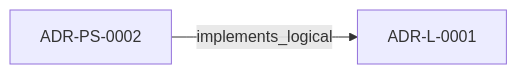
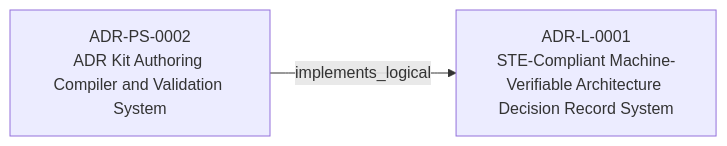
The first of 2 diagrams in adrs/adr-projection/logical/ADR-L-0001-ste-compliant-machine-verifiable-architecture-decision-record-system.md (egallmann/adr-architecture-kit), drawn with Mermaid before and after one commit. The commit also changed other lines of this file and 35 other files, not shown here.

````diff
--- a/adrs/adr-projection/logical/ADR-L-0001-ste-compliant-machine-verifiable-architecture-decision-record-system.md
+++ b/adrs/adr-projection/logical/ADR-L-0001-ste-compliant-machine-verifiable-architecture-decision-record-system.md
@@ -30,6 +30,6 @@
 ```mermaid
 flowchart LR
-  n_019fee89_e615_70a5_861b_b2dde147e5af["ADR-L-0001"]
-  n_019fee89_e618_7d04_9337_4aa2d3258507["ADR-PS-0002"]
+  n_019fee89_e615_70a5_861b_b2dde147e5af["ADR-L-0001<br/>STE-Compliant Machine-Verifiable Architecture Decision Record System"]
+  n_019fee89_e618_7d04_9337_4aa2d3258507["ADR-PS-0002<br/>ADR Kit Authoring Compiler and Validation System"]
   n_019fee89_e618_7d04_9337_4aa2d3258507 -->|"implements_logical"| n_019fee89_e615_70a5_861b_b2dde147e5af
 ```
````
